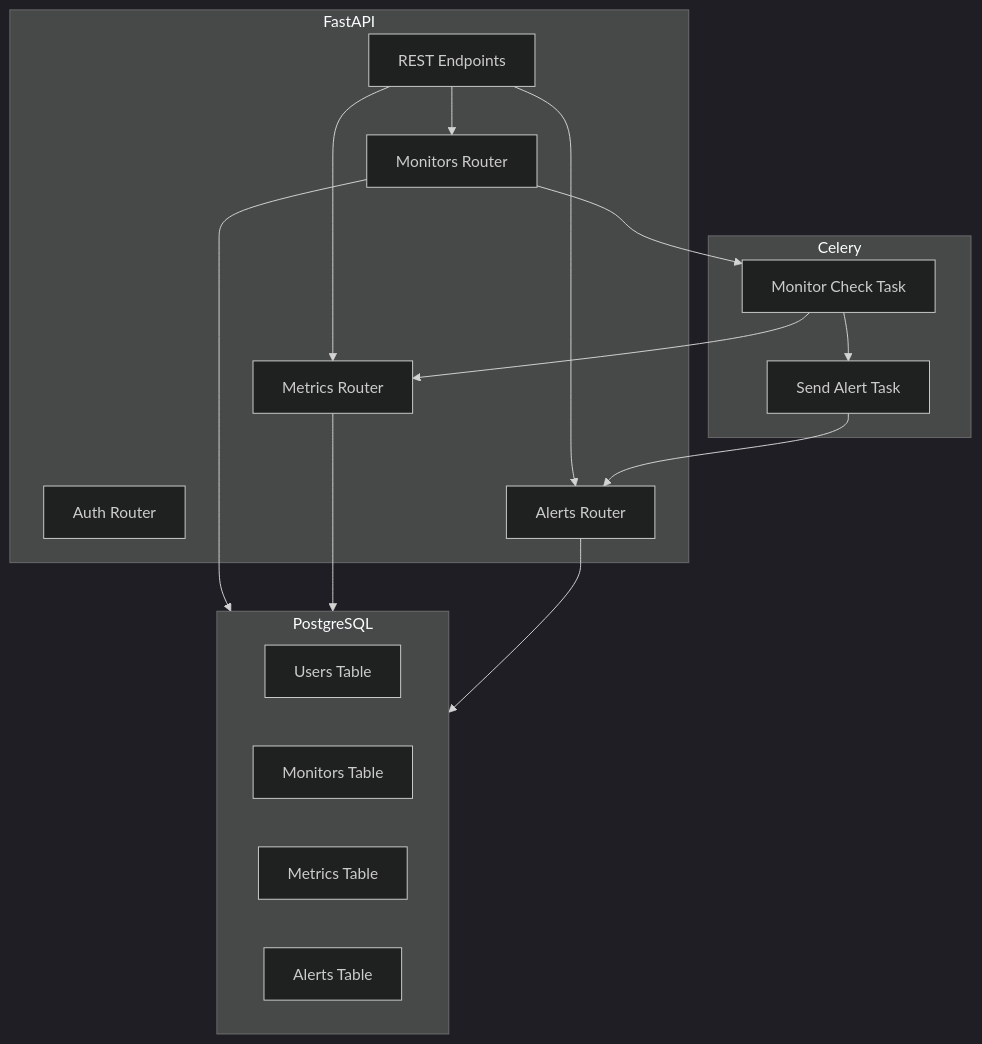
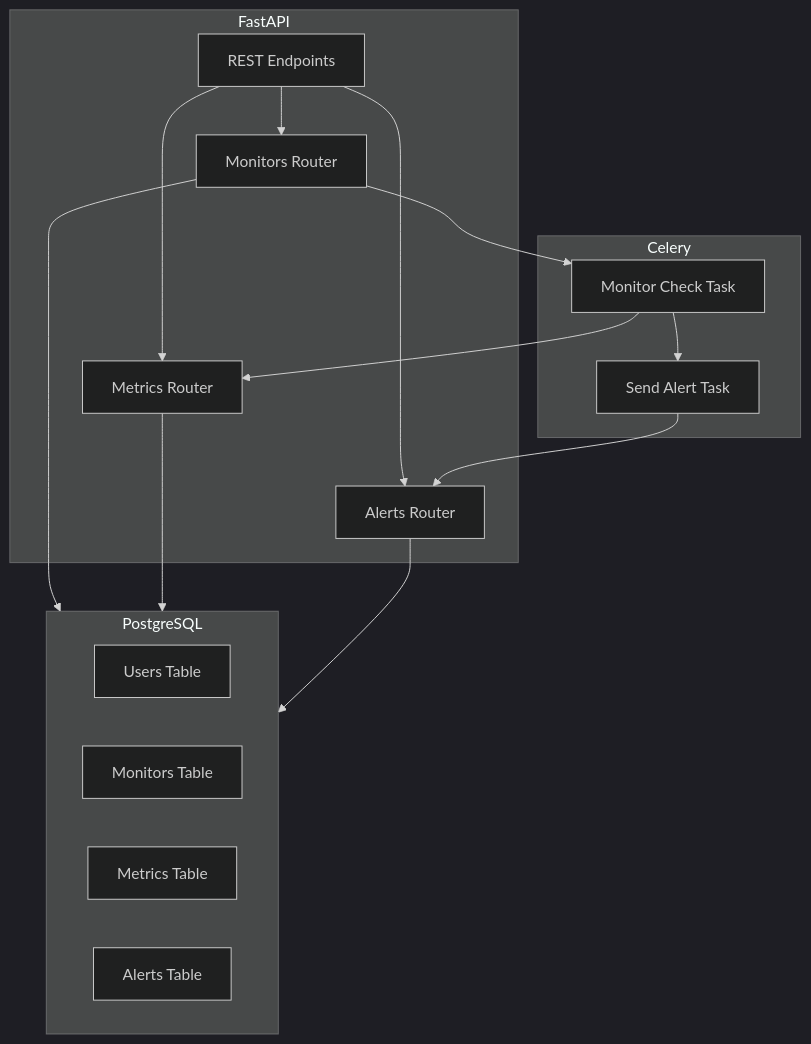
One commit to Johnkenzzy/SmartApiMonitor changed the diagram in README.md. Above: the diagram before and after it, drawn with Mermaid (dark theme).

Commit message:
update readme doc

````diff
--- a/README.md
+++ b/README.md
@@ -38,31 +38,30 @@
 ```mermaid
 flowchart TD
     subgraph FastAPI
         UI[REST Endpoints]
-        Auth[Auth Router]
         Monitors[Monitors Router]
         Metrics[Metrics Router]
         Alerts[Alerts Router]
     end
 
     subgraph DB[PostgreSQL]
         T1[Users Table]
         T2[Monitors Table]
         T3[Metrics Table]
         T4[Alerts Table]
     end
 
     subgraph Celery
         Worker1[Monitor Check Task]
         Worker2[Send Alert Task]
     end
 
     UI --> Monitors --> DB
     UI --> Metrics --> DB
     UI --> Alerts --> DB
 
     Monitors --> Worker1
     Worker1 --> Metrics
     Worker1 --> Worker2
     Worker2 --> Alerts
 ```
````
